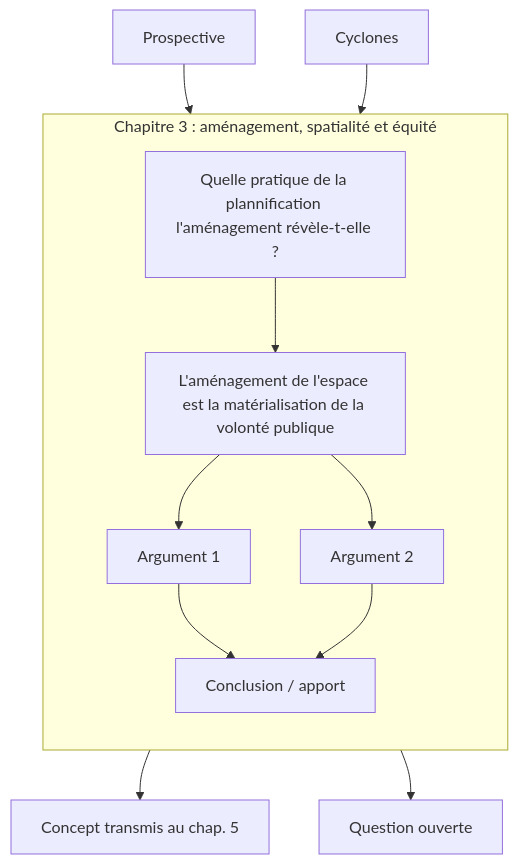
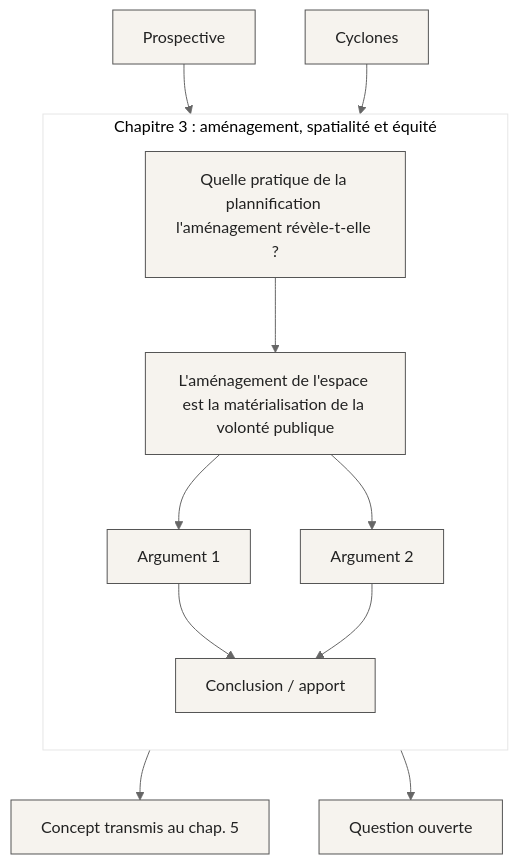
The diagram in docs/3_contexte/amenagement.md (ggenelot/these), drawn with Mermaid before and after one commit. The commit also changed 3 other files, not shown here.

````diff
--- a/docs/3_contexte/amenagement.md
+++ b/docs/3_contexte/amenagement.md
@@ -38,32 +38,33 @@
 ```mermaid
+%%{init: {"theme":"base","themeVariables":{"primaryColor":"#f6f3ee","primaryTextColor":"#222222","primaryBorderColor":"#555555","lineColor":"#666666","secondaryColor":"#e9ecef","tertiaryColor":"#ffffff","fontFamily":"Inter, Arial, sans-serif"},"flowchart":{"curve":"basis"},"deterministicIds":true}}%%
 flowchart TD
 
 I1["Prospective"]:::input
 I2["Cyclones"]:::input
 
 subgraph CH["Chapitre 3 : aménagement, spatialité et équité"]
     direction TB
     P["Quelle pratique de la plannification l'aménagement révèle-t-elle ?"]:::core
     H["L'aménagement de l'espace est la matérialisation de la volonté publique"]:::core
     A1["Argument 1"]:::core
     A2["Argument 2"]:::core
     C["Conclusion / apport"]:::core
 
     P --> H
     H --> A1
     H --> A2
     A1 --> C
     A2 --> C
 end
 
 O1["Concept transmis au chap. 5"]:::output
 O2["Question ouverte"]:::weak
 
 I1 --> P
 I2 --> H
 C --> O1
 C --> O2
 
 
 
 ```
````
